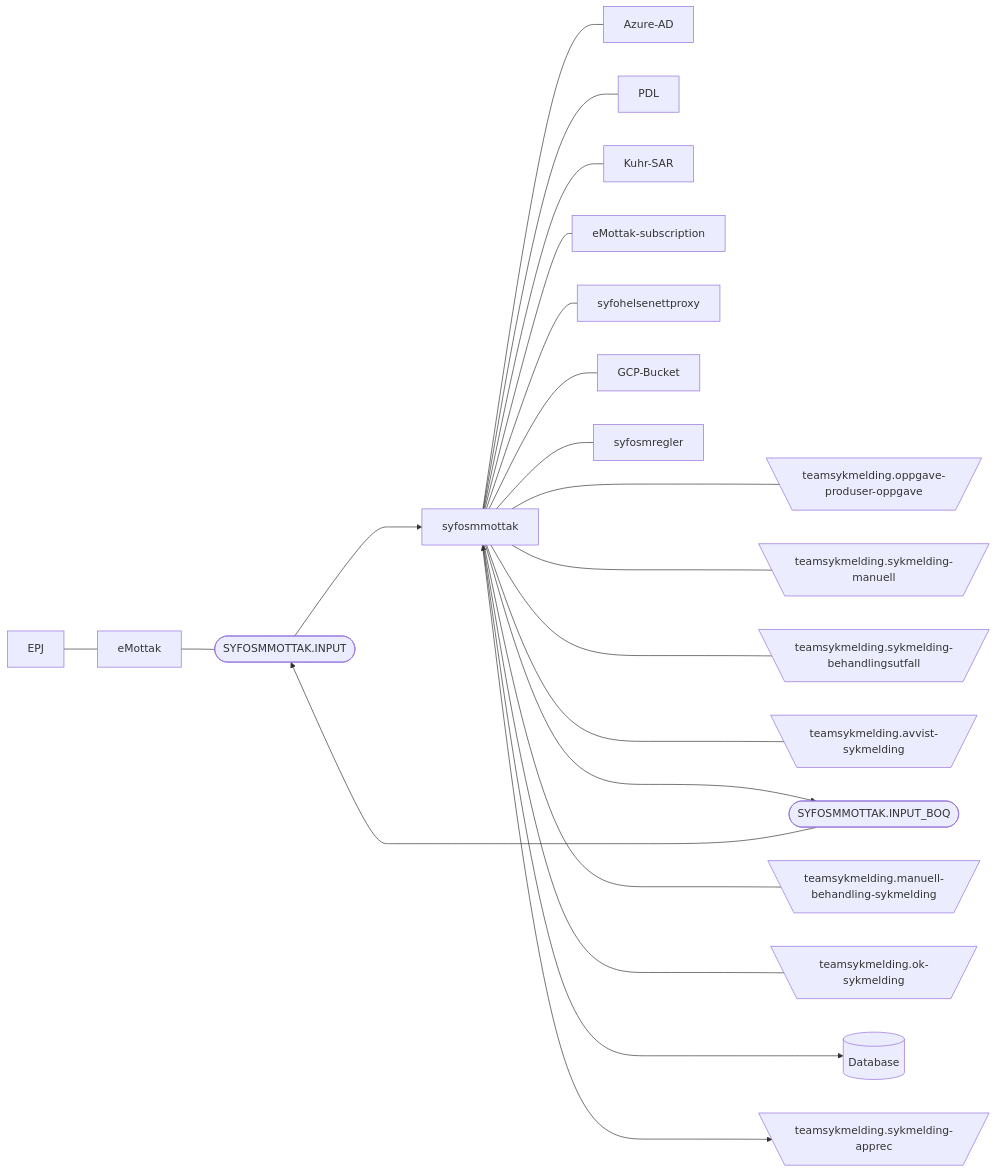
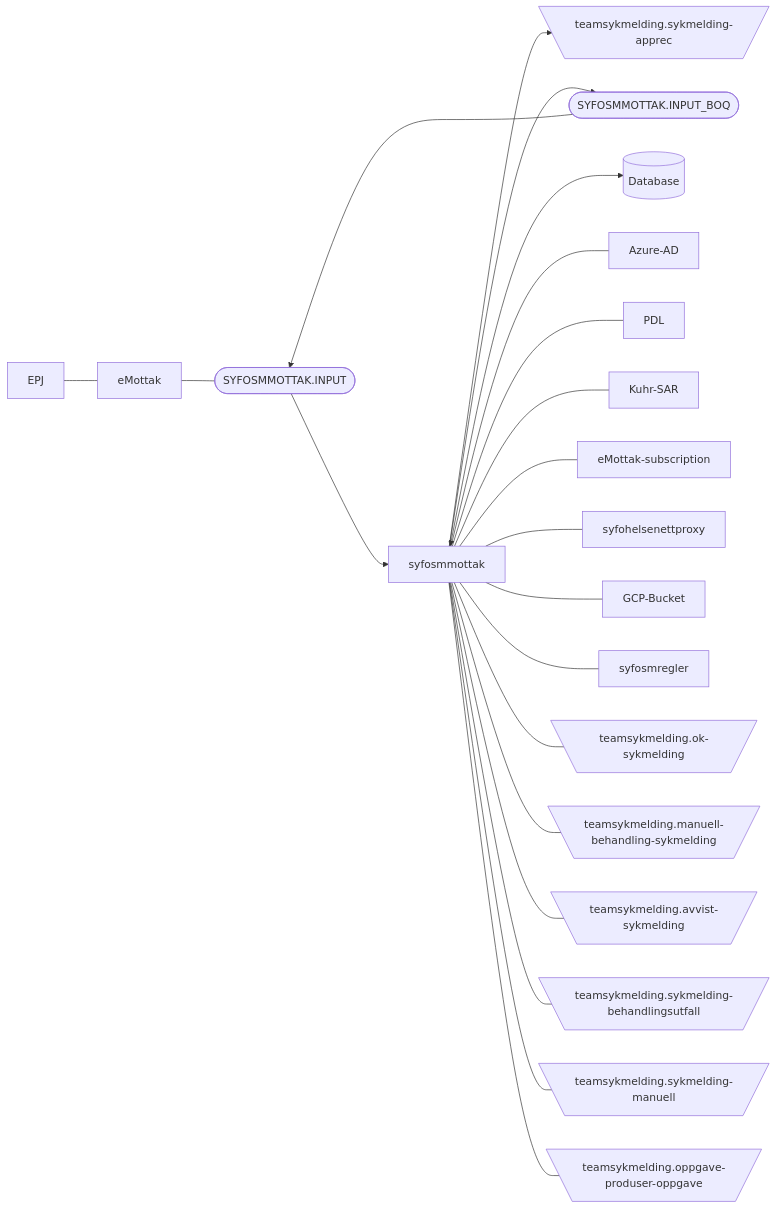
One commit to navikt/syfosmmottak changed the diagram in README.md. Above: the diagram before and after it, drawn with Mermaid. The commit also changed other lines of this file, not shown here.

Commit message:
Clean up in README.md

````diff
--- a/README.md
+++ b/README.md
@@ -20,24 +20,24 @@
 ```mermaid
-  graph LR;
+  graph LR
         
-      EPJ---eMottak;
-      eMottak --- id1([SYFOSMMOTTAK.INPUT]);
-      id1([MQ queue: SYFOSMMOTTAK.INPUT]) ---> syfosmmottak;
-      syfosmmottak --->  B[\teamsykmelding.sykmelding-apprec/];
-      syfosmmottak --->  id2([SYFOSMMOTTAK.INPUT_BOQ]);
-      id2([SYFOSMMOTTAK.INPUT_BOQ]) --->  id1([SYFOSMMOTTAK.INPUT]);
-      syfosmmottak <---> id3[(Database)];
-      syfosmmottak --- Azure-AD;
-      syfosmmottak --- PDL;
-      syfosmmottak --- Kuhr-SAR;
-      syfosmmottak --- eMottak-subscription;
-      syfosmmottak --- syfohelsenettproxy;
-      syfosmmottak --- GCP-Bucket;
-      syfosmmottak --- syfosmregler;
-      syfosmmottak ---- C[\teamsykmelding.ok-sykmelding/];
-      syfosmmottak ---- D[\teamsykmelding.manuell-behandling-sykmelding/];
-      syfosmmottak ---- E[\teamsykmelding.avvist-sykmelding/];
-      syfosmmottak ---- F[\teamsykmelding.sykmelding-behandlingsutfall/];
-      syfosmmottak ---- G[\teamsykmelding.sykmelding-manuell/];
-      syfosmmottak ---- H[\teamsykmelding.oppgave-produser-oppgave/];
+      EPJ --- eMottak
+      eMottak --- id1([SYFOSMMOTTAK.INPUT])
+      id1([MQ queue: SYFOSMMOTTAK.INPUT]) --> syfosmmottak
+      syfosmmottak --> B[\teamsykmelding.sykmelding-apprec/]
+      syfosmmottak --> id2([SYFOSMMOTTAK.INPUT_BOQ])
+      id2([SYFOSMMOTTAK.INPUT_BOQ]) --> id1([SYFOSMMOTTAK.INPUT])
+      syfosmmottak <--> id3[(Database)]
+      syfosmmottak --- Azure-AD
+      syfosmmottak --- PDL
+      syfosmmottak --- Kuhr-SAR
+      syfosmmottak --- eMottak-subscription
+      syfosmmottak --- syfohelsenettproxy
+      syfosmmottak --- GCP-Bucket
+      syfosmmottak --- syfosmregler
+      syfosmmottak --- C[\teamsykmelding.ok-sykmelding/]
+      syfosmmottak --- D[\teamsykmelding.manuell-behandling-sykmelding/]
+      syfosmmottak --- E[\teamsykmelding.avvist-sykmelding/]
+      syfosmmottak --- F[\teamsykmelding.sykmelding-behandlingsutfall/]
+      syfosmmottak --- G[\teamsykmelding.sykmelding-manuell/]
+      syfosmmottak --- H[\teamsykmelding.oppgave-produser-oppgave/];
 ```
````
